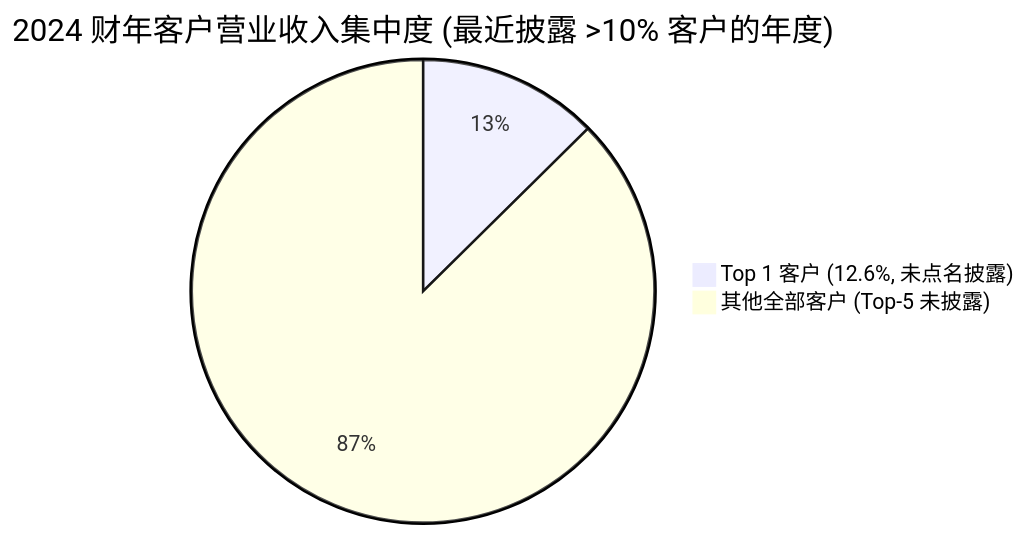
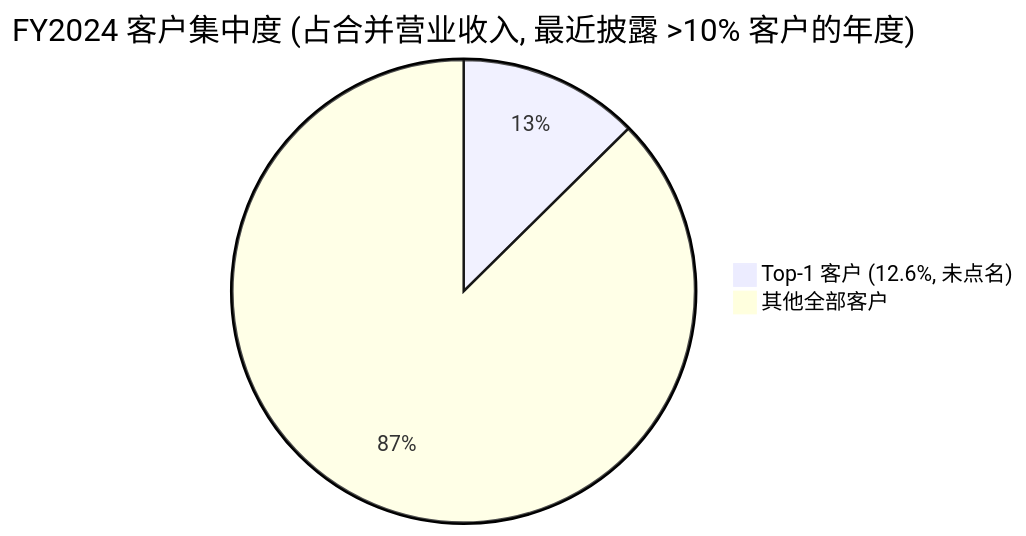
The third of 4 diagrams in reports/company/Synopsys_NASDAQ_SNPS/Synopsys_NASDAQ_SNPS_公司研究.md (dadachundan/financial_agent), drawn with Mermaid before and after one commit. The commit also changed other lines of this file, not shown here.

First line of the commit message:
feat(company-research): refresh Synopsys (SNPS) — decision layer + full chart suite

````diff
--- a/reports/company/Synopsys_NASDAQ_SNPS/Synopsys_NASDAQ_SNPS_公司研究.md
+++ b/reports/company/Synopsys_NASDAQ_SNPS/Synopsys_NASDAQ_SNPS_公司研究.md
@@ -202,5 +616,5 @@
 ```mermaid
-pie title 2024 财年客户营业收入集中度 (最近披露 >10% 客户的年度)
-    "Top 1 客户 (12.6%, 未点名披露)" : 12.6
-    "其他全部客户 (Top-5 未披露)" : 87.4
+pie title FY2024 客户集中度 (占合并营业收入, 最近披露 >10% 客户的年度)
+    "Top-1 客户 (12.6%, 未点名)" : 12.6
+    "其他全部客户" : 87.4
 ```
````
